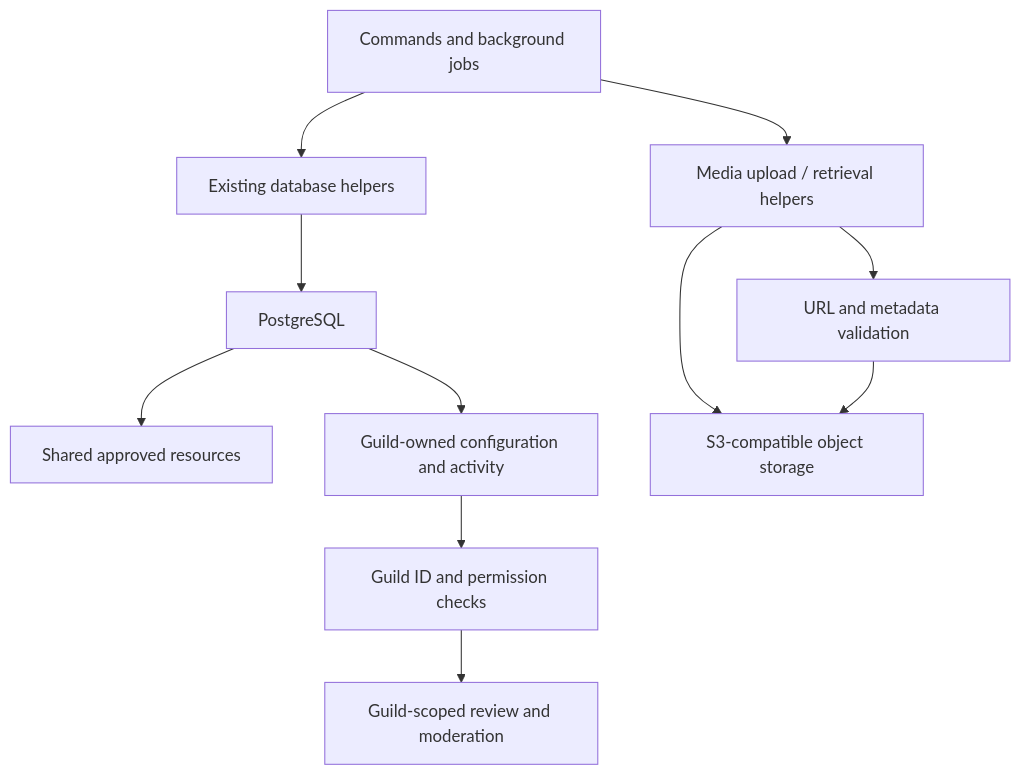
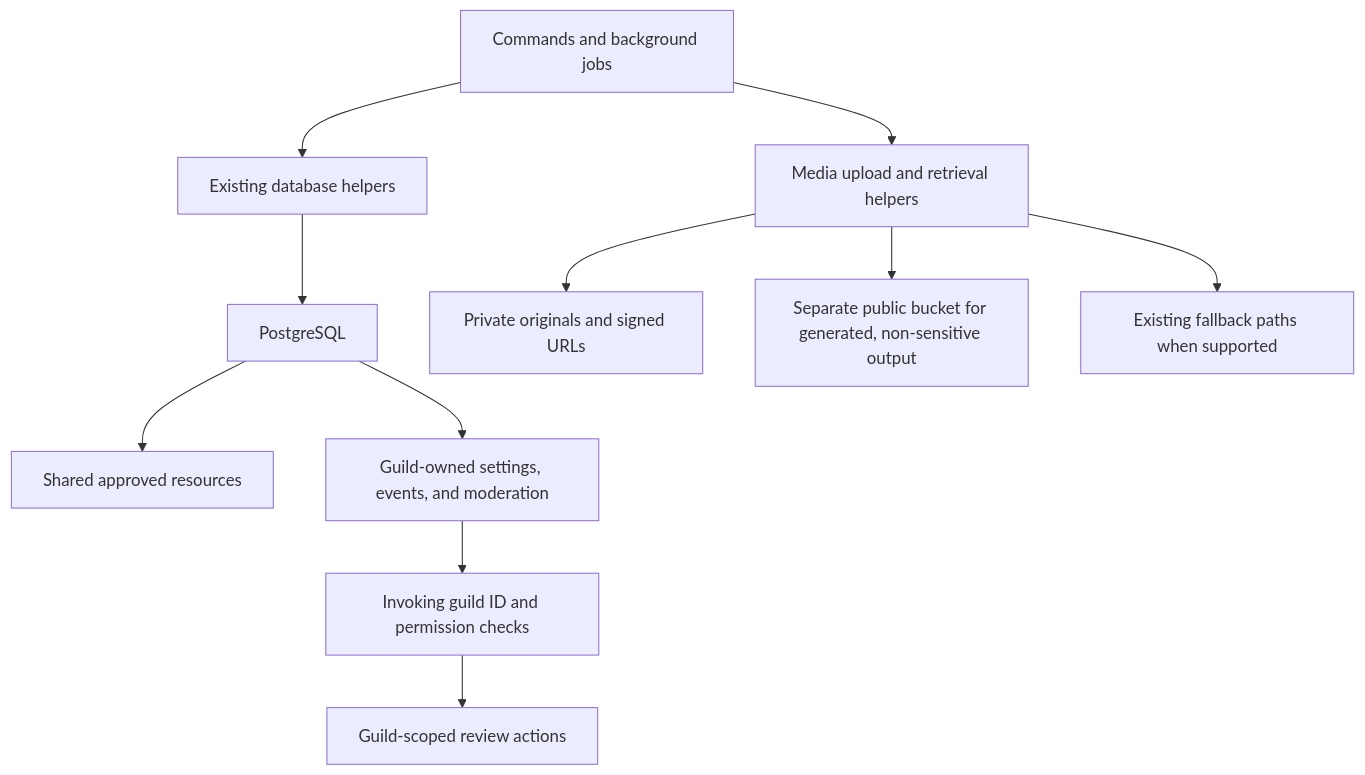
Before and after one commit to Kyerstorm/Lemegeton: the fourth of 9 diagrams in README.md, drawn with Mermaid. The commit also changed other lines of this file, not shown here.

Commit message:
Repair README architecture and Mermaid diagrams

````diff
--- a/README.md
+++ b/README.md
@@ -180,13 +160,13 @@
-~~~mermaid
+```mermaid
 flowchart TB
-    COMMANDS["Commands and background jobs"] --> DATA["Existing database helpers"]
-    DATA --> PG["PostgreSQL"]
-    PG --> GLOBAL["Shared approved resources"]
-    PG --> GUILD["Guild-owned configuration and activity"]
-    GUILD --> SCOPE["Guild ID and permission checks"]
-    SCOPE --> MOD["Guild-scoped review and moderation"]
-    COMMANDS --> MEDIA["Media upload / retrieval helpers"]
-    MEDIA --> OBJECTS["S3-compatible object storage"]
-    MEDIA --> VALIDATE["URL and metadata validation"]
-    VALIDATE --> OBJECTS
-~~~
+    Commands["Commands and background jobs"] --> DBHelper["Existing database helpers"]
+    DBHelper --> Postgres["PostgreSQL"]
+    Postgres --> Shared["Shared approved resources"]
+    Postgres --> Guild["Guild-owned settings, events, and moderation"]
+    Guild --> Scope["Invoking guild ID and permission checks"]
+    Scope --> Review["Guild-scoped review actions"]
+    Commands --> MediaHelper["Media upload and retrieval helpers"]
+    MediaHelper --> Private["Private originals and signed URLs"]
+    MediaHelper --> Public["Separate public bucket for generated, non-sensitive output"]
+    MediaHelper --> Fallback["Existing fallback paths when supported"]
+```
````
